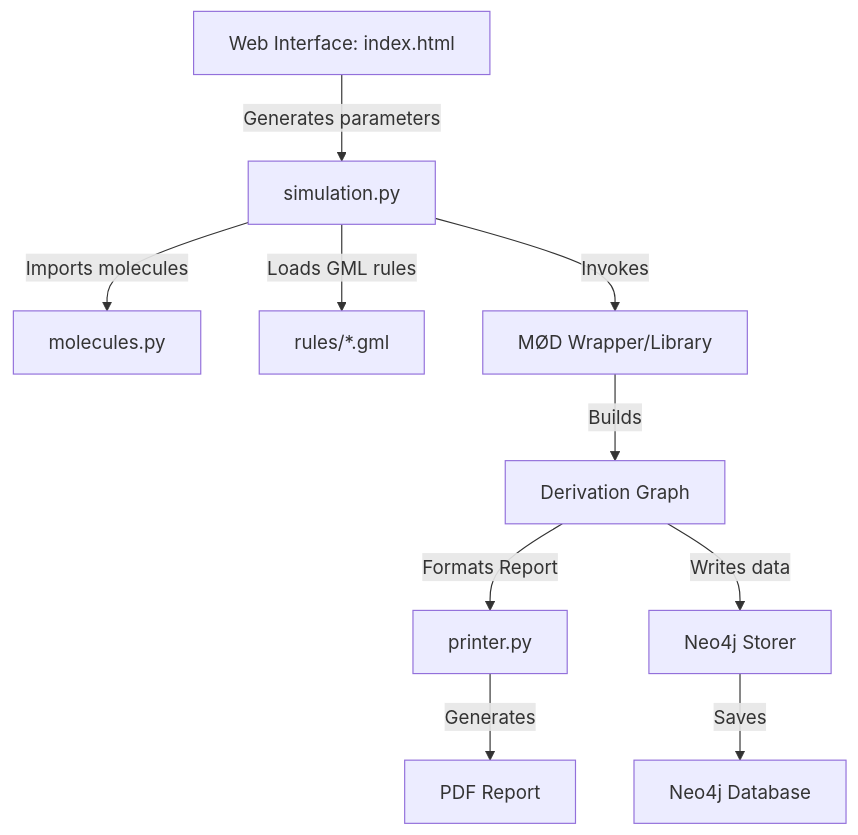
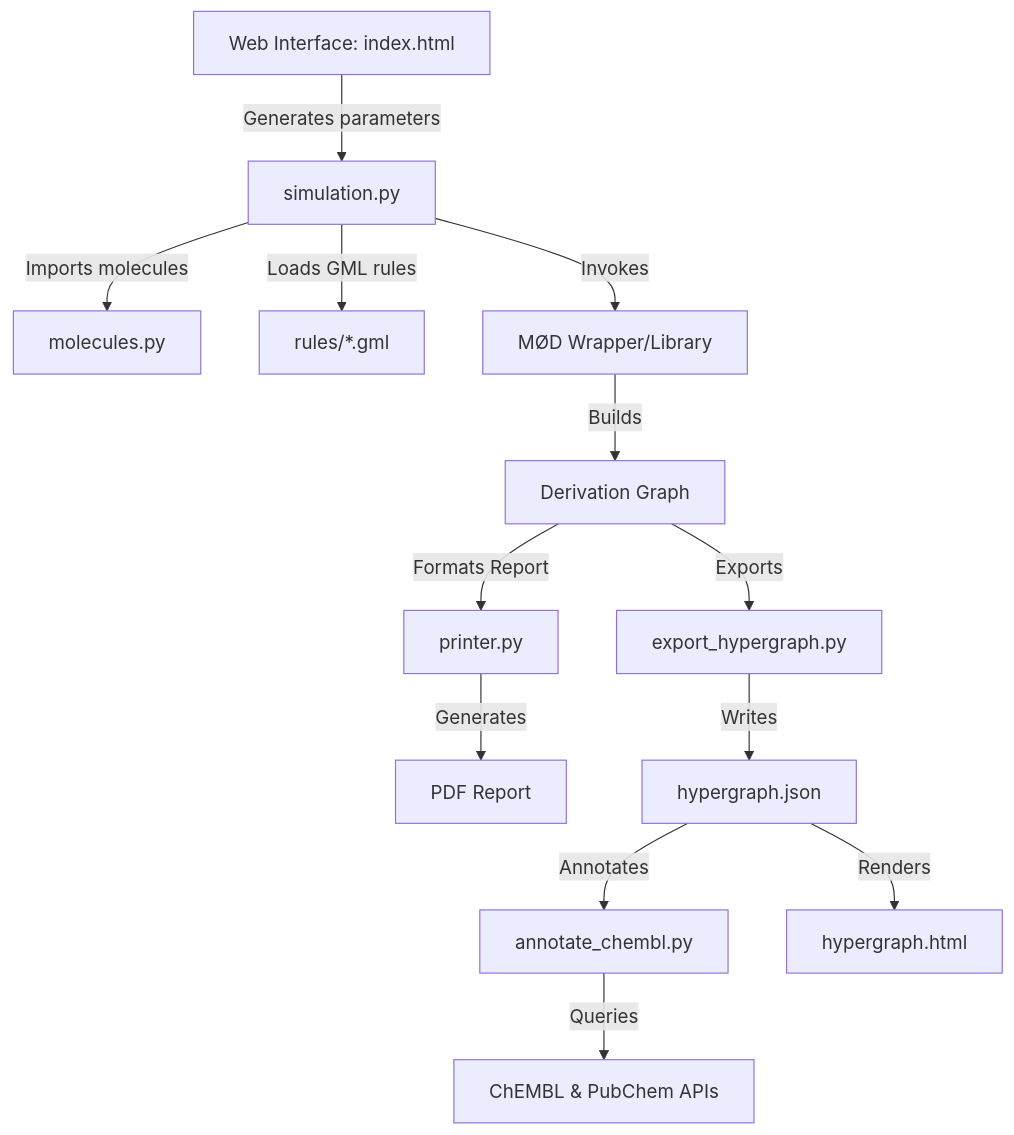
Before and after one commit to waldeyr/2PathTerpenes: the second of 2 diagrams in README.md, drawn with Mermaid. The commit also changed other lines of this file and 17 other files, not shown here.

````diff
--- a/README.md
+++ b/README.md
@@ -25,12 +103,15 @@
 ```mermaid
 graph TD
     UI[Web Interface: index.html] -->|Generates parameters| SimPy[simulation.py]
     SimPy -->|Imports molecules| MolPy[molecules.py]
     SimPy -->|Loads GML rules| RulesGML[rules/*.gml]
     SimPy -->|Invokes| MOD[MØD Wrapper/Library]
     MOD -->|Builds| DG[Derivation Graph]
     DG -->|Formats Report| PrintPy[printer.py]
     PrintPy -->|Generates| PDF[PDF Report]
-    DG -->|Writes data| Neo4jStore[Neo4j Storer]
-    Neo4jStore -->|Saves| Neo4j[Neo4j Database]
+    DG -->|Exports| ExportPy[export_hypergraph.py]
+    ExportPy -->|Writes| HGJSON[hypergraph.json]
+    HGJSON -->|Annotates| AnnotatePy[annotate_chembl.py]
+    AnnotatePy -->|Queries| ChEMBL[ChEMBL & PubChem APIs]
+    HGJSON -->|Renders| HGHTML[hypergraph.html]
 ```
````
